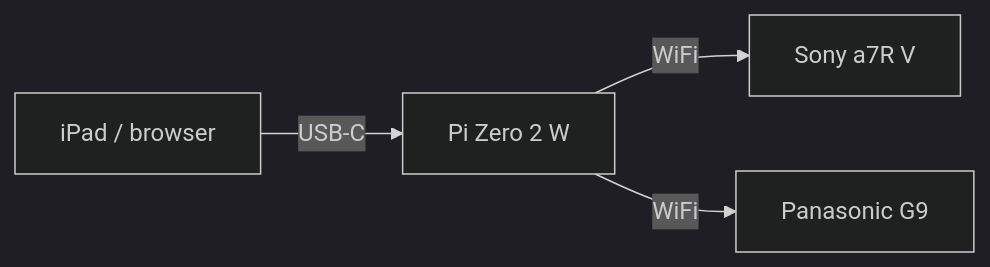
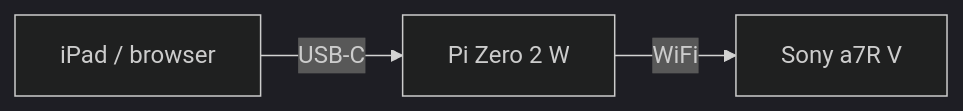
One commit to chuckbrant/cameralink changed the diagram in README.md. Above: the diagram before and after it, drawn with Mermaid (dark theme). The commit also changed other lines of this file, not shown here.

First line of the commit message:
Update README to match the Panasonic removal

````diff
--- a/README.md
+++ b/README.md
@@ -10,6 +9,5 @@
 ```mermaid
 flowchart LR
     iPad["iPad / browser"] -->|USB-C| Pi["Pi Zero 2 W"]
-    Pi -->|WiFi| Sony["Sony a7R V"]
-    Pi -->|WiFi| Panasonic["Panasonic G9"]
+    Pi -->|WiFi| Camera["Sony a7R V"]
 ```
````
